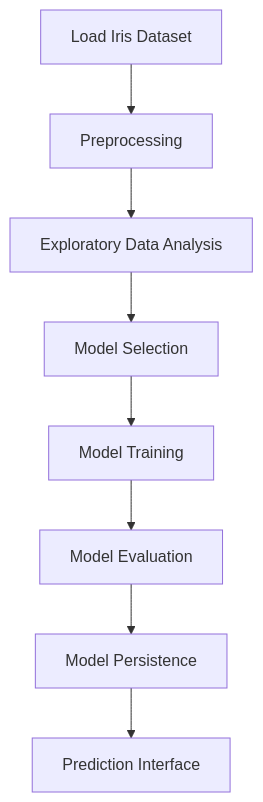
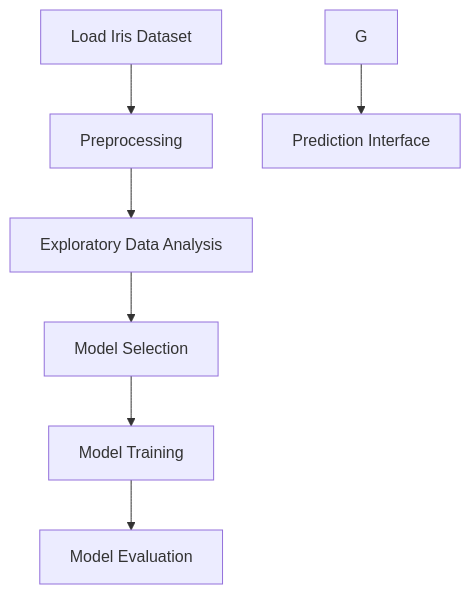
The diagram in README.md (HariKrishnaKumar-watersprinter/Iris-flower-Detection-Qskill-AI-MLIntern), drawn with Mermaid before and after one commit. The commit also changed other lines of this file, not shown here.

````diff
--- a/README.md
+++ b/README.md
@@ -30,10 +30,9 @@
 ```mermaid
 flowchart TD
     A[Load Iris Dataset] --> B[Preprocessing]
     B --> C[Exploratory Data Analysis]
     C --> D[Model Selection]
     D --> E[Model Training]
     E --> F[Model Evaluation]
-    F --> G[Model Persistence]
     G --> H[Prediction Interface]
 ```
````
